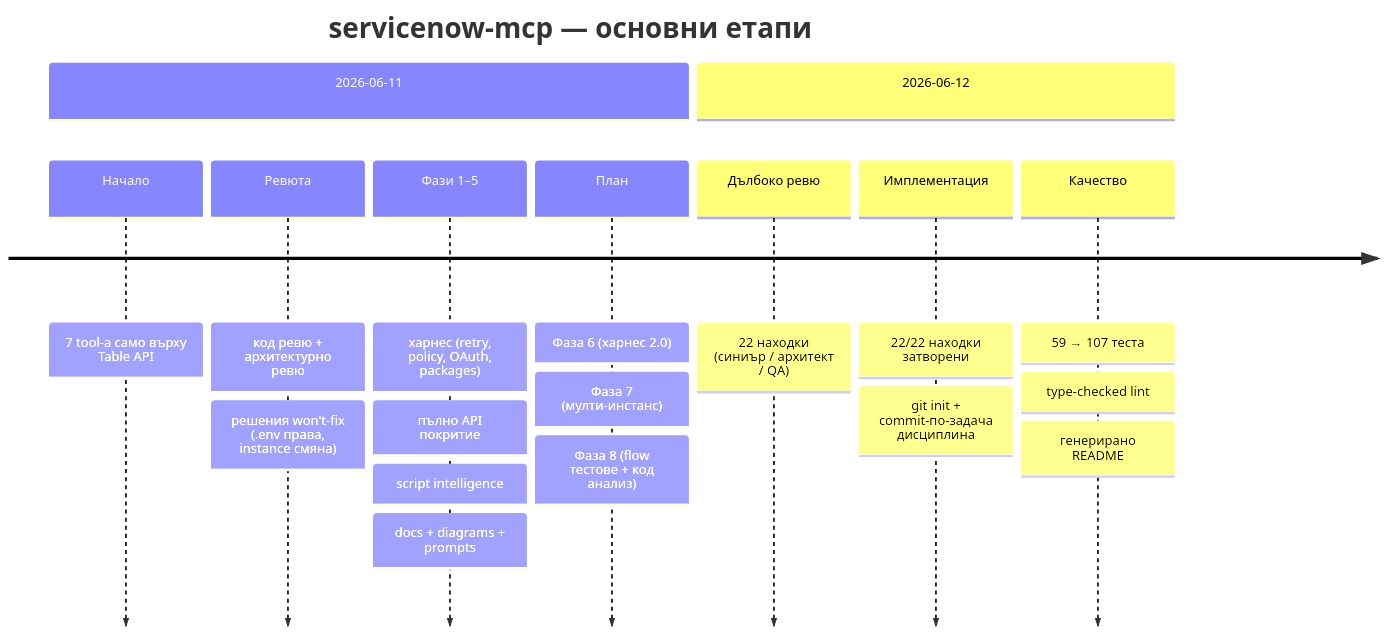
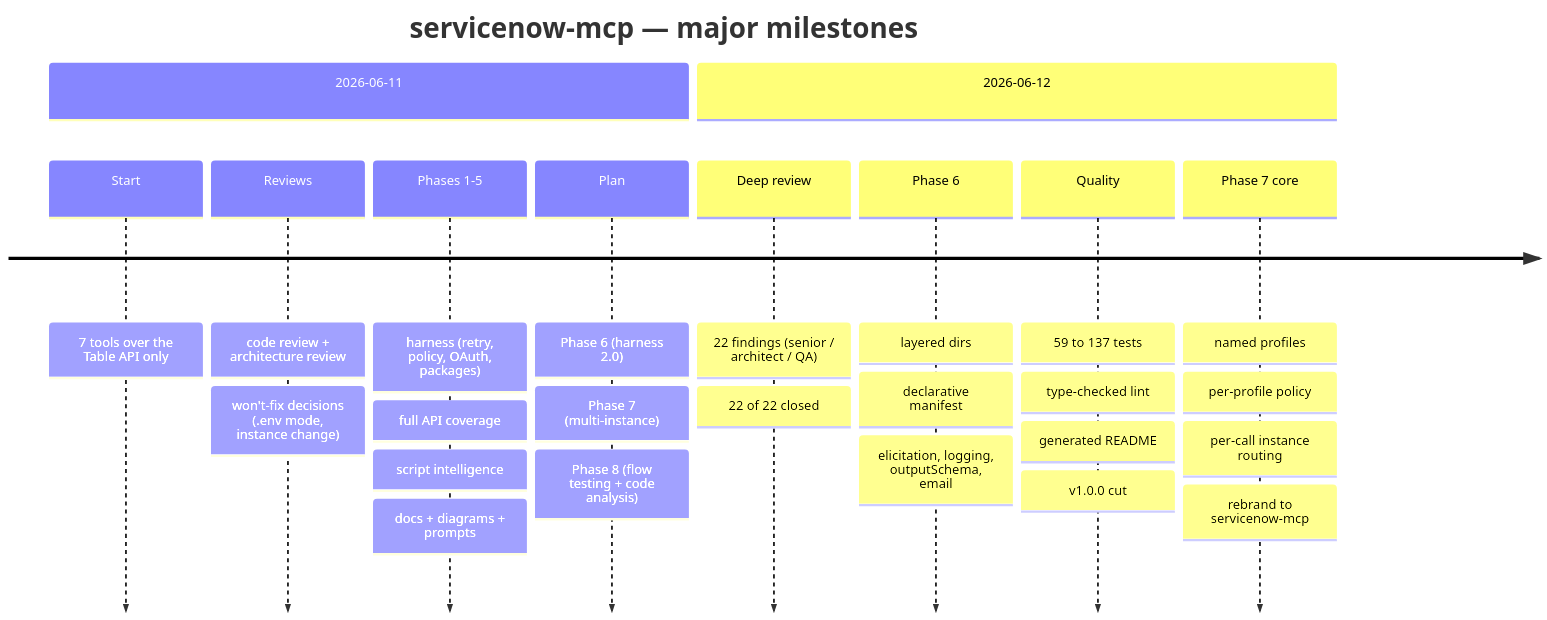
The second of 2 diagrams in PRODUCT-STATE.md (IvanBBaev/servicenow-mcp-ai), drawn with Mermaid before and after one commit. The commit also changed other lines of this file and 4 other files, not shown here.

First line of the commit message:
docs: translate CHANGELOG, TODO, PRODUCT-STATE, ARCHITECTURE, DONE to English

````diff
--- a/PRODUCT-STATE.md
+++ b/PRODUCT-STATE.md
@@ -60,13 +60,14 @@
 ```mermaid
 timeline
-    title servicenow-mcp — основни етапи
+    title servicenow-mcp — major milestones
     section 2026-06-11
-        Начало : 7 tool-а само върху Table API
-        Ревюта : код ревю + архитектурно ревю : решения won't-fix (.env права, instance смяна)
-        Фази 1–5 : харнес (retry, policy, OAuth, packages) : пълно API покритие : script intelligence : docs + diagrams + prompts
-        План : Фаза 6 (харнес 2.0) : Фаза 7 (мулти-инстанс) : Фаза 8 (flow тестове + код анализ)
+        Start : 7 tools over the Table API only
+        Reviews : code review + architecture review : won't-fix decisions (.env mode, instance change)
+        Phases 1-5 : harness (retry, policy, OAuth, packages) : full API coverage : script intelligence : docs + diagrams + prompts
+        Plan : Phase 6 (harness 2.0) : Phase 7 (multi-instance) : Phase 8 (flow testing + code analysis)
     section 2026-06-12
-        Дълбоко ревю : 22 находки (синиър / архитект / QA)
-        Имплементация : 22/22 находки затворени : git init + commit-по-задача дисциплина
-        Качество : 59 → 107 теста : type-checked lint : генерирано README
+        Deep review : 22 findings (senior / architect / QA) : 22 of 22 closed
+        Phase 6 : layered dirs : declarative manifest : elicitation, logging, outputSchema, email
+        Quality : 59 to 137 tests : type-checked lint : generated README : v1.0.0 cut
+        Phase 7 core : named profiles : per-profile policy : per-call instance routing : rebrand to servicenow-mcp
 ```
````
